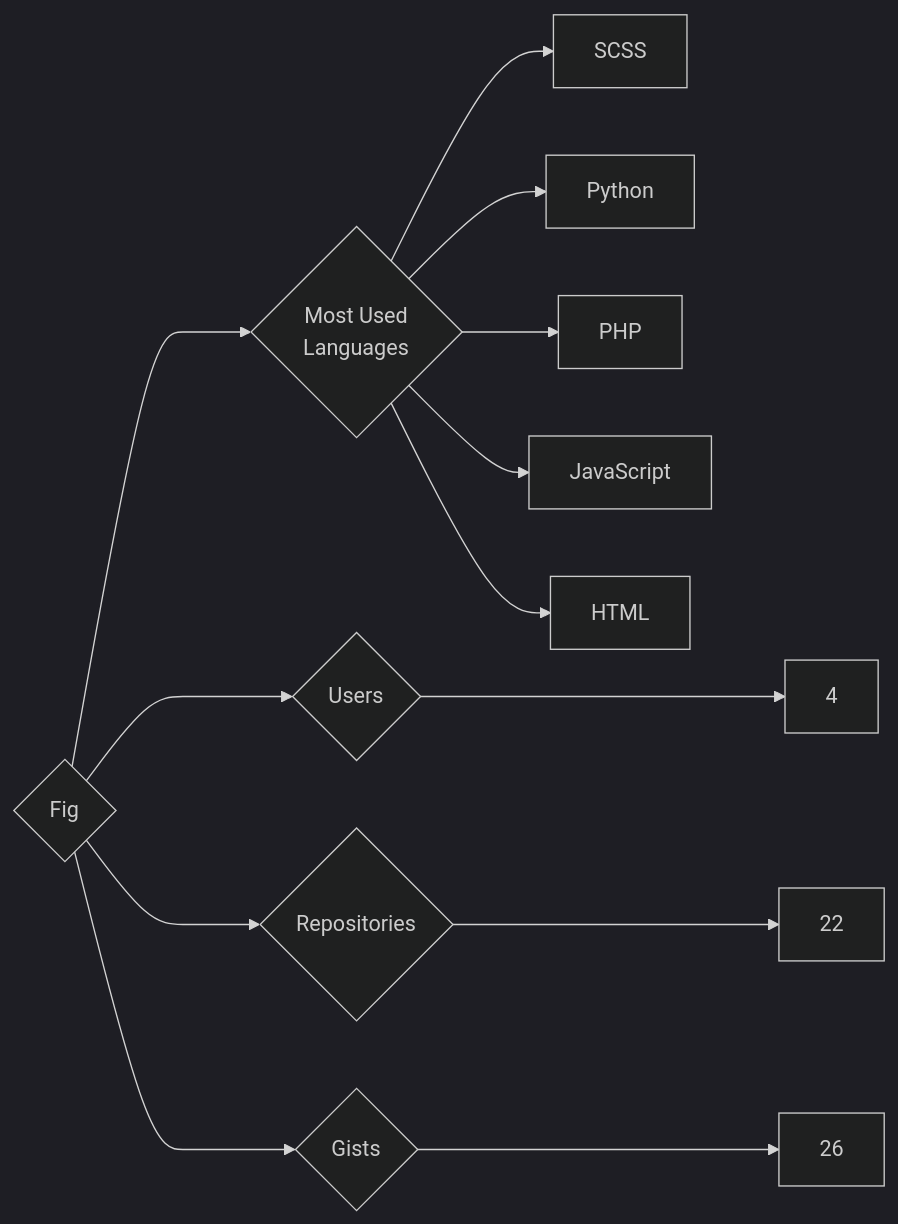
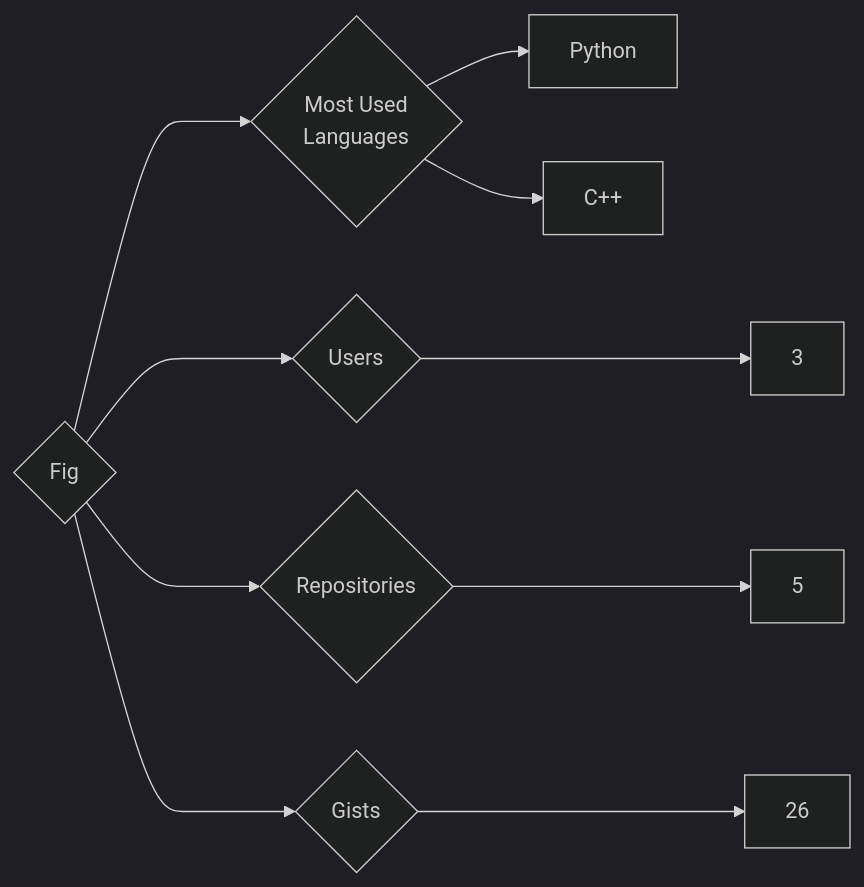
Before and after one commit to trickest/insiders: the diagram in targets/Fig/README.md, drawn with Mermaid (dark theme). The commit also changed 985 other files, not shown here.

````diff
--- a/targets/Fig/README.md
+++ b/targets/Fig/README.md
@@ -3,13 +3,10 @@
 ```mermaid
 graph LR
 COMPANY_NAME{Fig}
-COMPANY_NAME ---> U{Users} ---> UN[4]
-COMPANY_NAME ---> R{Repositories} ---> RN[22]
+COMPANY_NAME ---> U{Users} ---> UN[3]
+COMPANY_NAME ---> R{Repositories} ---> RN[5]
 COMPANY_NAME ---> G{Gists} ---> GN[26]
 COMPANY_NAME ---> ML{Most Used<br>Languages}
-ML --> SCSS[SCSS]
 ML --> Python[Python]
-ML --> PHP[PHP]
-ML --> JavaScript[JavaScript]
-ML --> HTML[HTML]
+ML --> C++[C++]
 ```
````
